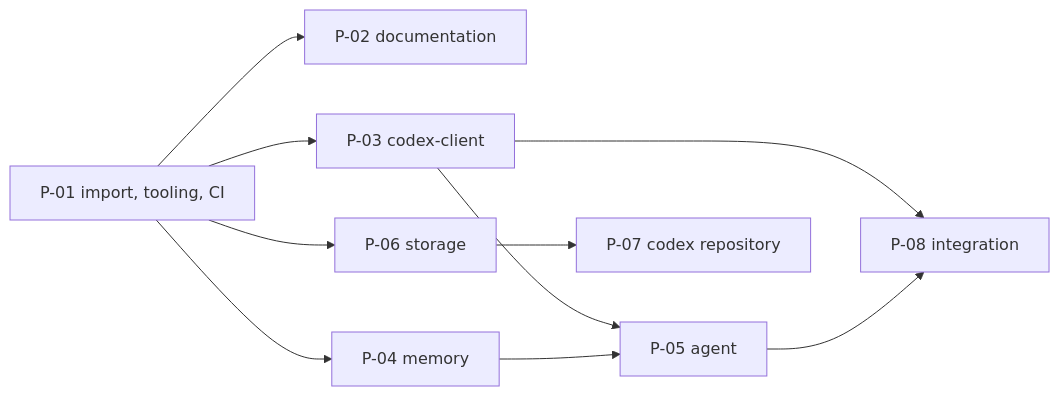
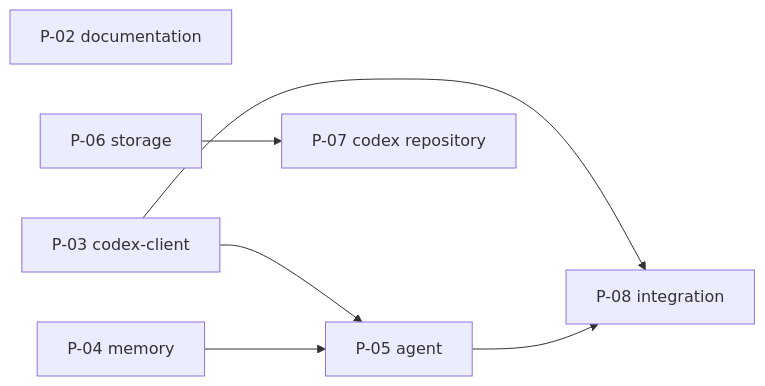
Before and after one commit to 0x1d/crucible: the diagram in docs/architecture/repository-and-migration.md, drawn with Mermaid. The commit also changed other lines of this file and 47 other files, not shown here.

````diff
--- a/docs/architecture/repository-and-migration.md
+++ b/docs/architecture/repository-and-migration.md
@@ -153,12 +167,11 @@
 ```mermaid
 flowchart LR
-    P01["P-01 import, tooling, CI"] --> P02["P-02 documentation"]
-    P01 --> P03["P-03 codex-client"]
-    P01 --> P04["P-04 memory"]
-    P01 --> P06["P-06 storage"]
-    P03 --> P05["P-05 agent"]
+    P02["P-02 documentation"]
+    P04["P-04 memory"]
+    P06["P-06 storage"]
+    P03["P-03 codex-client"] --> P05["P-05 agent"]
     P04 --> P05
     P06 --> P07["P-07 codex repository"]
     P03 --> P08["P-08 integration"]
     P05 --> P08
 ```
````
